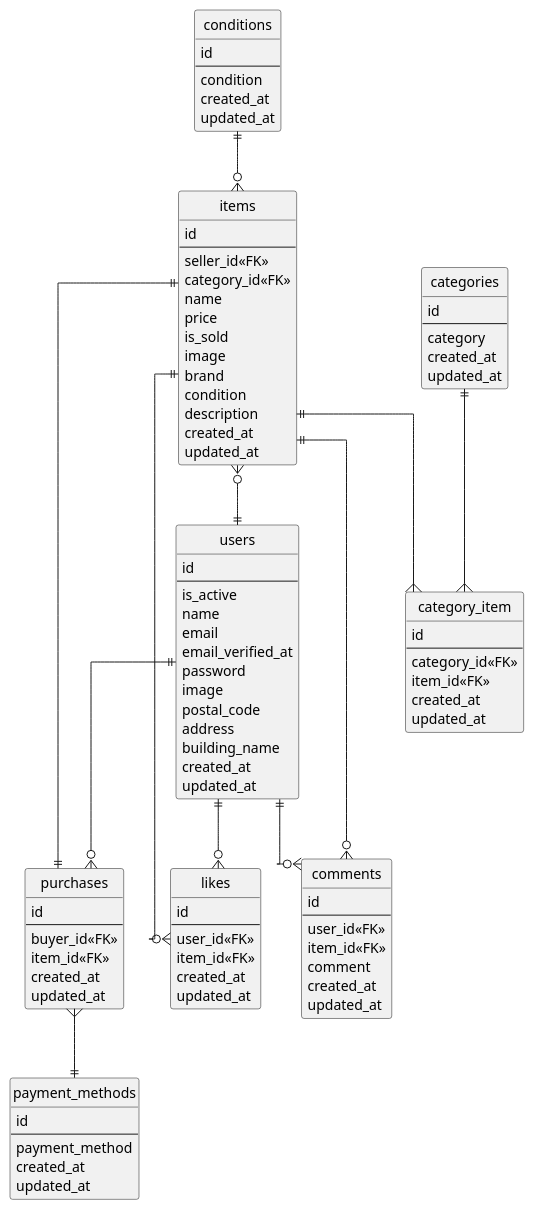
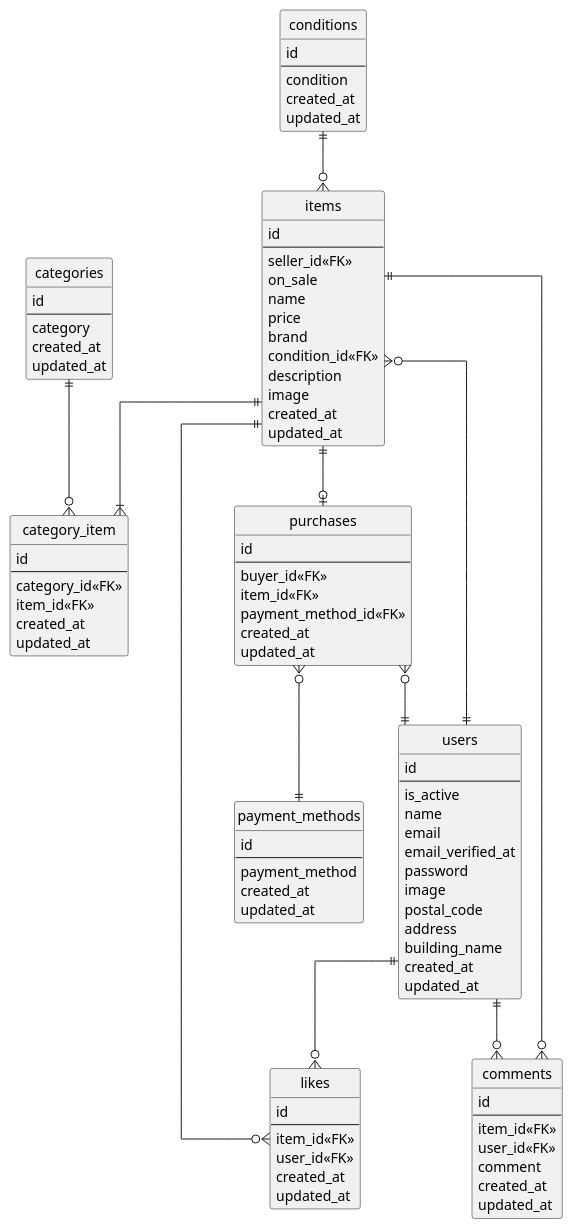
The diagram in img/carmeri.plantuml (Atsu-su/carmeri), drawn with PlantUML before and after one commit. The commit also changed 16 other files, not shown here.

```diff
--- a/img/carmeri.plantuml
+++ b/img/carmeri.plantuml
@@ -1,113 +1,113 @@
 @startuml carmeri
 ' hide the spot
 hide circle
 
 ' avoid problems with angled crows feet
 skinparam linetype ortho
 
 entity "users" as users {
   id
   --
   is_active
   name
   email
   email_verified_at
   password
   image
   postal_code
   address
   building_name
   created_at
   updated_at
 }
 
 entity "categories" as categories {
   id
   --
   category
   created_at
   updated_at
 }
 
-entity "conditions" as conditions {
-  id
-  --
-  condition
-  created_at
-  updated_at
-}
-
 entity "category_item" as category_item {
   id
   --
   category_id<<FK>>
   item_id<<FK>>
   created_at
   updated_at
 }
 
+entity "conditions" as conditions {
+  id
+  --
+  condition
+  created_at
+  updated_at
+}
+
 entity "items" as items {
   id
   --
   seller_id<<FK>>
-  category_id<<FK>>
+  on_sale
   name
   price
-  is_sold
+  brand
+  condition_id<<FK>>
+  description
   image
-  brand
-  condition
-  description
   created_at
   updated_at
 }
 
 entity "payment_methods" as payment_methods {
   id
   --
   payment_method
   created_at
   updated_at
 }
 
 entity "purchases" as purchases {
   id
   --
   buyer_id<<FK>>
   item_id<<FK>>
+  payment_method_id<<FK>>
   created_at
   updated_at
 }
 
 entity "likes" as likes {
   id
   --
+  item_id<<FK>>
   user_id<<FK>>
-  item_id<<FK>>
   created_at
   updated_at
 }
 
 entity "comments" as comments {
   id
   --
+  item_id<<FK>>
   user_id<<FK>>
-  item_id<<FK>>
   comment
   created_at
   updated_at
 }
 
-categories ||--{ category_item
+categories ||--o{ category_item
 conditions ||--o{ items
-items ||--{ category_item
+items ||--|{ category_item
 items ||--o{ likes
-items ||--|| purchases
+items ||--o| purchases
 items ||--o{ comments
 items }o--|| users
-users ||--o{ purchases
+purchases }o--|| users
 users ||--o{ likes
 users ||--o{ comments
-purchases }--|| payment_methods
+purchases }o--|| payment_methods
 
 @enduml
```
